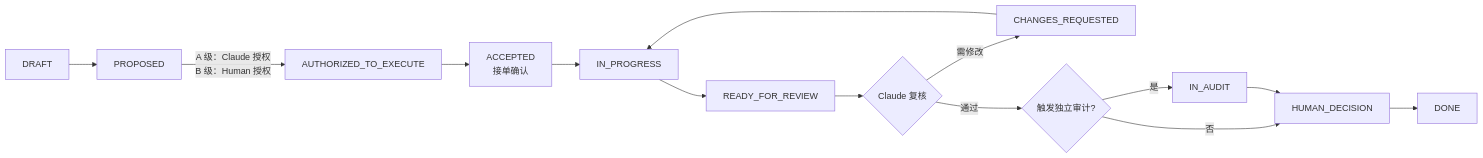
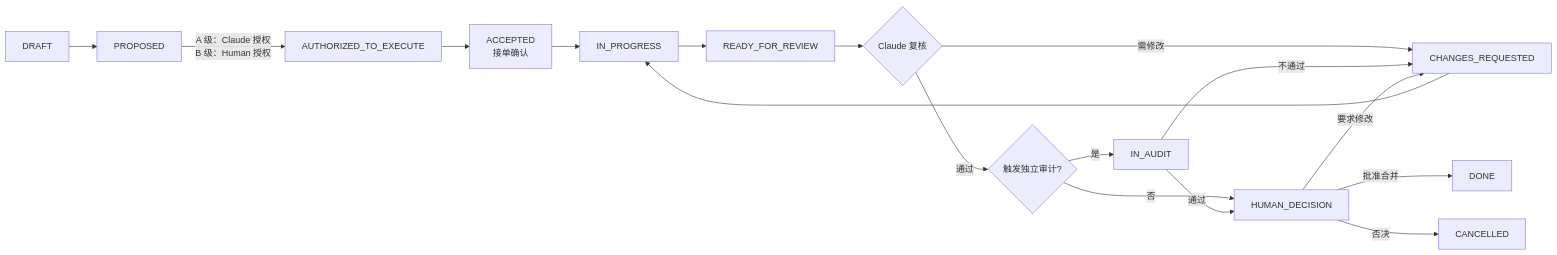
Before and after one commit to fitalex/LexAIDaily: the second of 2 diagrams in AGENTS.md, drawn with Mermaid. The commit also changed other lines of this file and 11 other files, not shown here.

````diff
--- a/AGENTS.md
+++ b/AGENTS.md
@@ -64,16 +65,19 @@
 ```mermaid
 flowchart LR
     D[DRAFT] --> P[PROPOSED]
     P -->|A 级：Claude 授权<br/>B 级：Human 授权| AU[AUTHORIZED_TO_EXECUTE]
     AU --> AC[ACCEPTED<br/>接单确认]
     AC --> IP[IN_PROGRESS]
     IP --> RR[READY_FOR_REVIEW]
     RR --> RV{Claude 复核}
     RV -->|需修改| CR[CHANGES_REQUESTED]
     CR --> IP
     RV -->|通过| TR{触发独立审计?}
     TR -->|是| IA[IN_AUDIT]
     TR -->|否| HD[HUMAN_DECISION]
-    IA --> HD
-    HD --> DN[DONE]
+    IA -->|通过| HD
+    IA -->|不通过| CR
+    HD -->|批准合并| DN[DONE]
+    HD -->|要求修改| CR
+    HD -->|否决| CX[CANCELLED]
 ```
````
